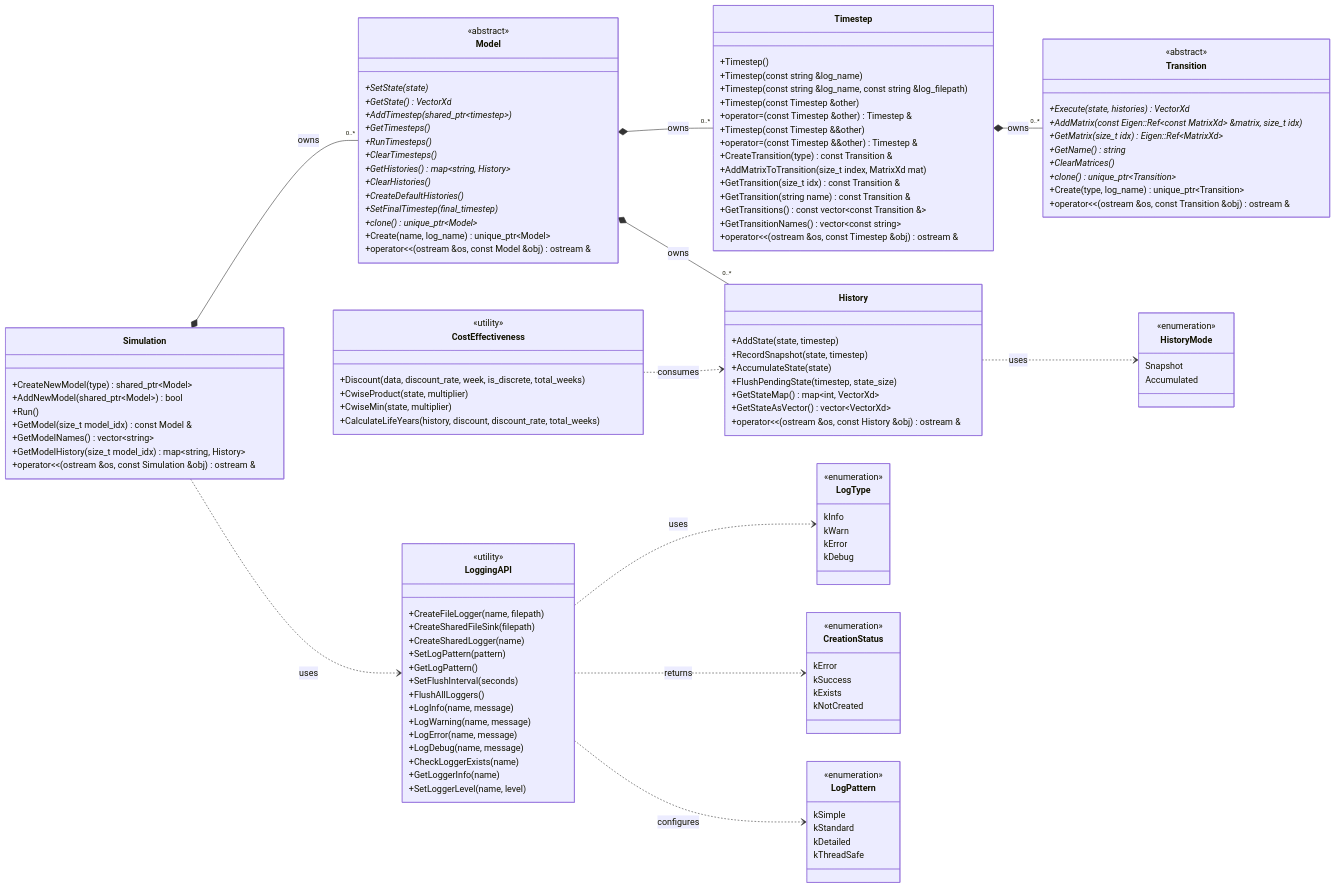
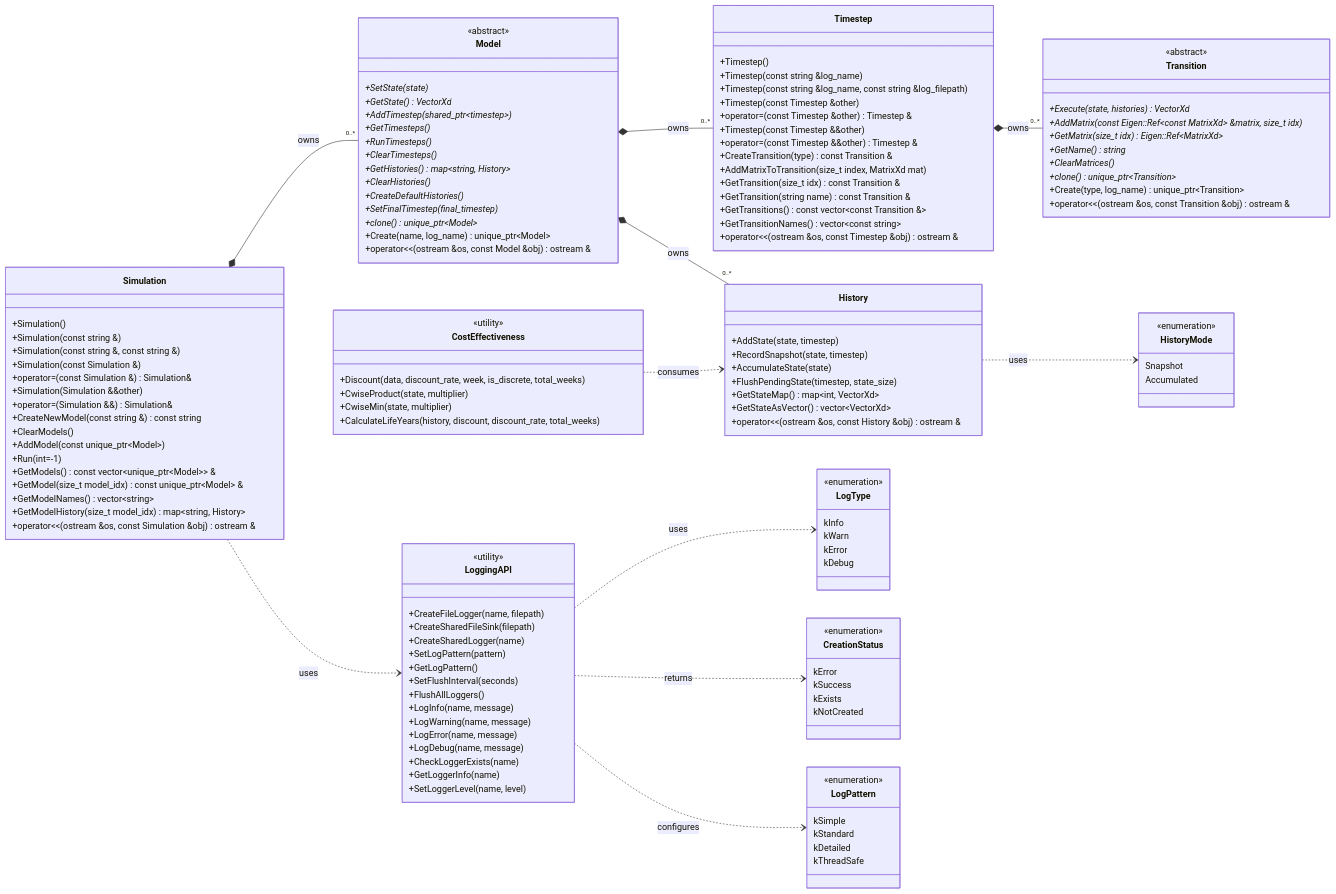
One commit to SyndemicsLab/respond changed the first of 3 diagrams in docs/src/uml.md. Above: the diagram before and after it, drawn with Mermaid. The commit also changed 9 other files, not shown here.

```diff
--- a/docs/src/uml.md
+++ b/docs/src/uml.md
@@ -13,10 +13,19 @@
     direction LR
 
     class Simulation {
-        +CreateNewModel(type) shared_ptr~Model~
-        +AddNewModel(shared_ptr~Model~) bool
-        +Run()
-        +GetModel(size_t model_idx) const Model &
+        +Simulation()
+        +Simulation(const string &)
+        +Simulation(const string &, const string &)
+        +Simulation(const Simulation &)
+        +operator=(const Simulation &) Simulation&
+        +Simulation(Simulation &&other)
+        +operator=(Simulation &&) Simulation&
+        +CreateNewModel(const string &) const string
+        +ClearModels()
+        +AddModel(const unique_ptr~Model~)
+        +Run(int=-1)
+        +GetModels() const vector~unique_ptr~Model~~ &
+        +GetModel(size_t model_idx) const unique_ptr~Model~ &
         +GetModelNames() vector~string~
         +GetModelHistory(size_t model_idx) map~string, History~
         +operator<<(ostream &os, const Simulation &obj) ostream &
```
